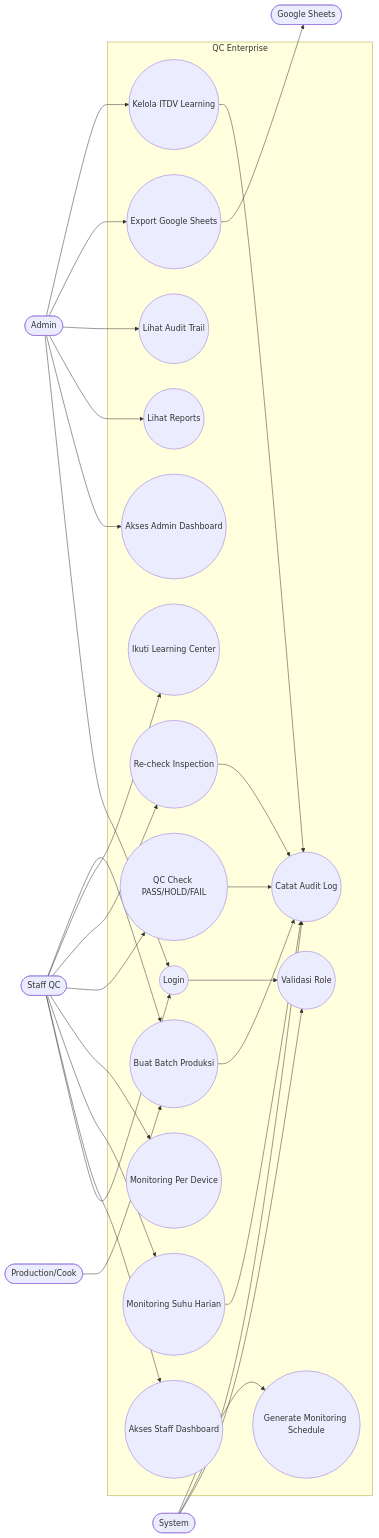
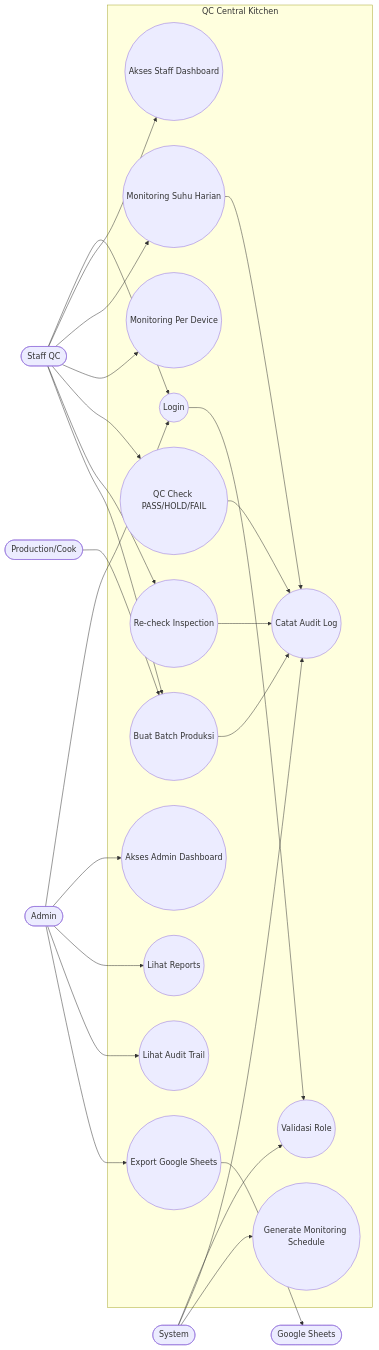
Before and after one commit to riomikail28/Project_QC: the diagram in docs/diagrams/USE_CASE_DIAGRAM.md, drawn with Mermaid. The commit also changed other lines of this file and 12 other files, not shown here.

````diff
--- a/docs/diagrams/USE_CASE_DIAGRAM.md
+++ b/docs/diagrams/USE_CASE_DIAGRAM.md
@@ -7,58 +7,53 @@
 ```mermaid
 flowchart LR
     Admin([Admin])
     Staff([Staff QC])
     Cook([Production/Cook])
     Sheets([Google Sheets])
     System([System])
 
-    subgraph QCEnterprise["QC Enterprise"]
+    subgraph QCCentralKitchen["QC Central Kitchen"]
         UC1((Login))
         UC2((Akses Admin Dashboard))
         UC3((Akses Staff Dashboard))
         UC4((Monitoring Suhu Harian))
         UC5((Monitoring Per Device))
         UC6((Buat Batch Produksi))
         UC7((QC Check PASS/HOLD/FAIL))
         UC8((Re-check Inspection))
         UC9((Lihat Reports))
         UC10((Lihat Audit Trail))
         UC11((Export Google Sheets))
-        UC12((Kelola ITDV Learning))
-        UC13((Ikuti Learning Center))
         UC14((Validasi Role))
         UC15((Catat Audit Log))
         UC16((Generate Monitoring Schedule))
     end
 
     Admin --> UC1
     Admin --> UC2
     Admin --> UC9
     Admin --> UC10
     Admin --> UC11
-    Admin --> UC12
 
     Staff --> UC1
     Staff --> UC3
     Staff --> UC4
     Staff --> UC5
     Staff --> UC7
     Staff --> UC8
-    Staff --> UC13
 
     Cook --> UC6
     Staff --> UC6
 
     UC11 --> Sheets
 
     System --> UC14
     System --> UC15
     System --> UC16
 
     UC1 --> UC14
     UC4 --> UC15
     UC6 --> UC15
     UC7 --> UC15
     UC8 --> UC15
-    UC12 --> UC15
 ```
````
